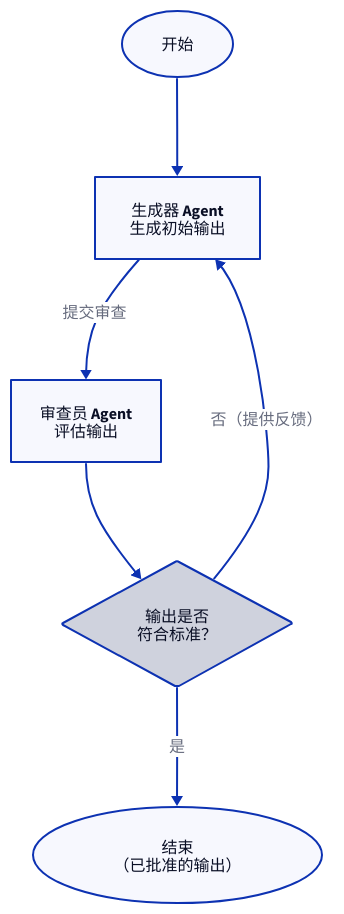
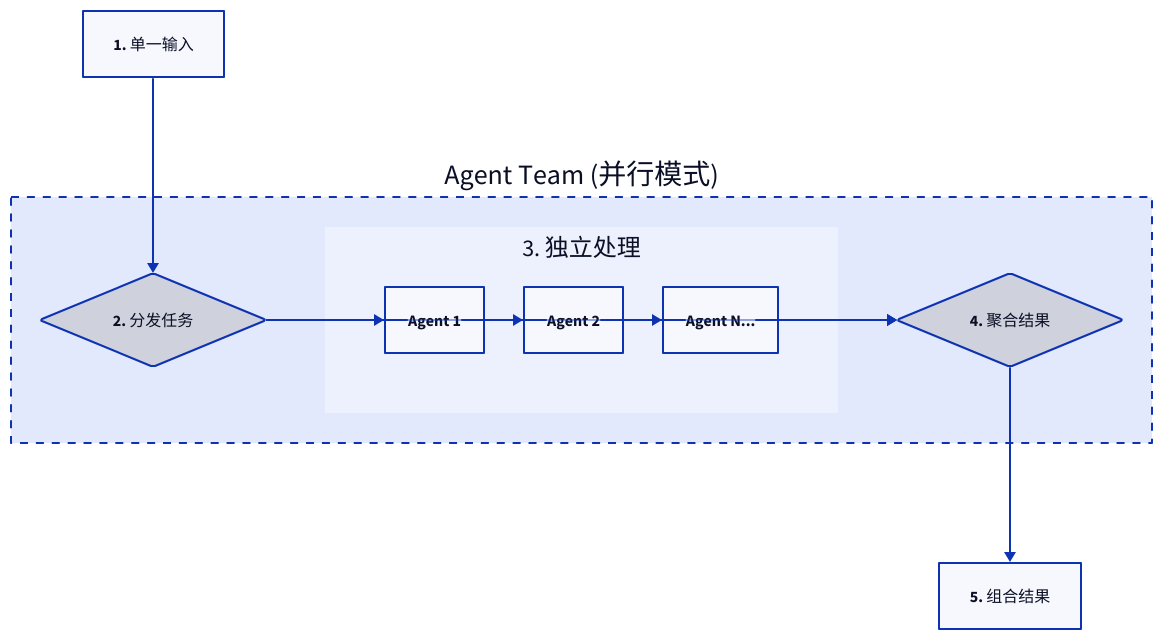
One commit to AIGNE-io/aigne-framework changed the diagram in .aigne/doc-smith/docs/user-guide-common-workflows-parallel-tasks.zh.md. Above: the diagram before and after it, drawn with D2. The commit also changed other lines of this file and 191 other files, not shown here.

````diff
--- a/.aigne/doc-smith/docs/user-guide-common-workflows-parallel-tasks.zh.md
+++ b/.aigne/doc-smith/docs/user-guide-common-workflows-parallel-tasks.zh.md
@@ -27,34 +20,57 @@
 ```d2
 direction: down
 
-start: { 
-  label: "开始"
-  shape: oval 
-}
-
-generator: {
-  label: "生成器 Agent\n生成初始输出"
+Input: {
+  label: "1. 单一输入"
   shape: rectangle
 }
 
-reviewer: {
-  label: "审查员 Agent\n评估输出"
+Agent-Team: {
+  label: "Agent Team (并行模式)"
+  style.stroke-dash: 4
+
+  Distribution: {
+    label: "2. 分发任务"
+    shape: diamond
+  }
+
+  Agents: {
+    label: "3. 独立处理"
+    style.stroke-width: 0
+    grid-columns: 3
+
+    Agent-1: { 
+      label: "Agent 1"
+      shape: rectangle 
+    }
+    Agent-2: { 
+      label: "Agent 2"
+      shape: rectangle 
+    }
+    Agent-N: {
+      label: "Agent N..."
+      shape: rectangle
+    }
+  }
+
+  Aggregation: {
+    label: "4. 聚合结果"
+    shape: diamond
+  }
+}
+
+Output: {
+  label: "5. 组合结果"
   shape: rectangle
 }
 
-decision: {
-  label: "输出是否\n符合标准？"
-  shape: diamond
-}
+Input -> Agent-Team.Distribution
+Agent-Team.Distribution -> Agent-Team.Agents.Agent-1
+Agent-Team.Distribution -> Agent-Team.Agents.Agent-2
+Agent-Team.Distribution -> Agent-Team.Agents.Agent-N
+Agent-Team.Agents.Agent-1 -> Agent-Team.Aggregation
+Agent-Team.Agents.Agent-2 -> Agent-Team.Aggregation
+Agent-Team.Agents.Agent-N -> Agent-Team.Aggregation
+Agent-Team.Aggregation -> Output
 
-end: {
-  label: "结束\n（已批准的输出）"
-  shape: oval
-}
-
-start -> generator
-generator -> reviewer: "提交审查"
-reviewer -> decision
-decision -> end: "是"
-decision -> generator: "否（提供反馈）"
 ```
````
